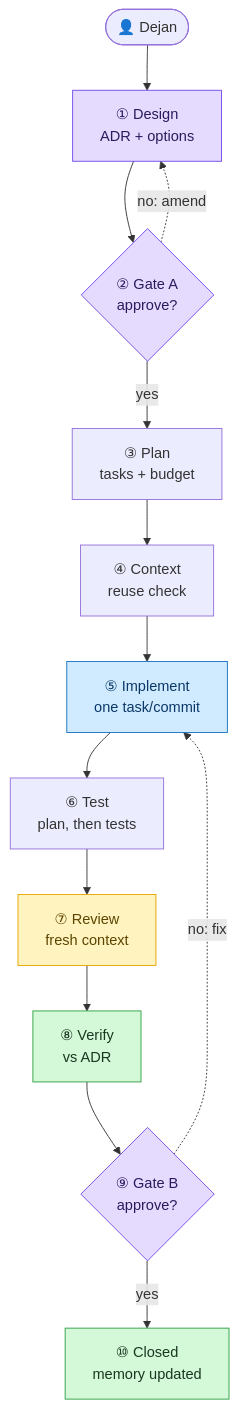
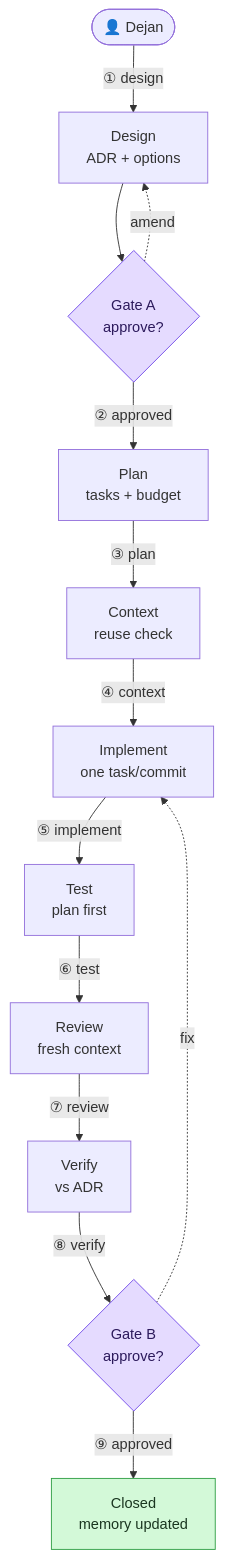
One commit to dej-h/ratchet changed the second of 2 diagrams in skills/swe-loop/mermaid-guide.md. Above: the diagram before and after it, drawn with Mermaid. The commit also changed other lines of this file, not shown here.

First line of the commit message:
fix(mermaid-guide): correct rule violations in the Narrative worked example

````diff
--- a/skills/swe-loop/mermaid-guide.md
+++ b/skills/swe-loop/mermaid-guide.md
@@ -153,45 +162,47 @@
 ```mermaid
 graph TB
     Start(["👤 Dejan"])
-    P0["① Design
+    P0["Design
     ADR + options"]
-    GateA{"② Gate A
+    GateA{"Gate A
     approve?"}
-    P1["③ Plan
+    P1["Plan
     tasks + budget"]
-    P2["④ Context
+    P2["Context
     reuse check"]
-    P3["⑤ Implement
+    P3["Implement
     one task/commit"]
-    P4["⑥ Test
-    plan, then tests"]
-    P5["⑦ Review
+    P4["Test
+    plan first"]
+    P5["Review
     fresh context"]
-    P6["⑧ Verify
+    P6["Verify
     vs ADR"]
-    GateB{"⑨ Gate B
+    GateB{"Gate B
     approve?"}
-    Done["⑩ Closed
+    Done["Closed
     memory updated"]
 
-    Start --> P0 --> GateA
-    GateA -->|"yes"| P1
-    GateA -.->|"no: amend"| P0
-    P1 --> P2 --> P3 --> P4 --> P5 --> P6 --> GateB
-    GateB -->|"yes"| Done
-    GateB -.->|"no: fix"| P3
+    Start -->|"① design"| P0
+    P0 --> GateA
+    GateA -->|"② approved"| P1
+    GateA -.->|"amend"| P0
+    P1 -->|"③ plan"| P2
+    P2 -->|"④ context"| P3
+    P3 -->|"⑤ implement"| P4
+    P4 -->|"⑥ test"| P5
+    P5 -->|"⑦ review"| P6
+    P6 -->|"⑧ verify"| GateB
+    GateB -->|"⑨ approved"| Done
+    GateB -.->|"fix"| P3
 
-    class P0 decision
     class GateA decision
-    class P3 transport
-    class P5 protocol
     class GateB decision
     class Done success
-    class P6 success
 
     classDef success   fill:#d3f9d8,stroke:#2f9e44,color:#1a3620
     classDef transport fill:#d0ebff,stroke:#1971c2,color:#0b3866
     classDef protocol  fill:#fff3bf,stroke:#e8a400,color:#5c4500
     classDef blocked   fill:#ffe3e3,stroke:#e03131,color:#5c1a1a
     classDef decision  fill:#e5dbff,stroke:#7048e8,color:#2c1a5c
 ```
````
